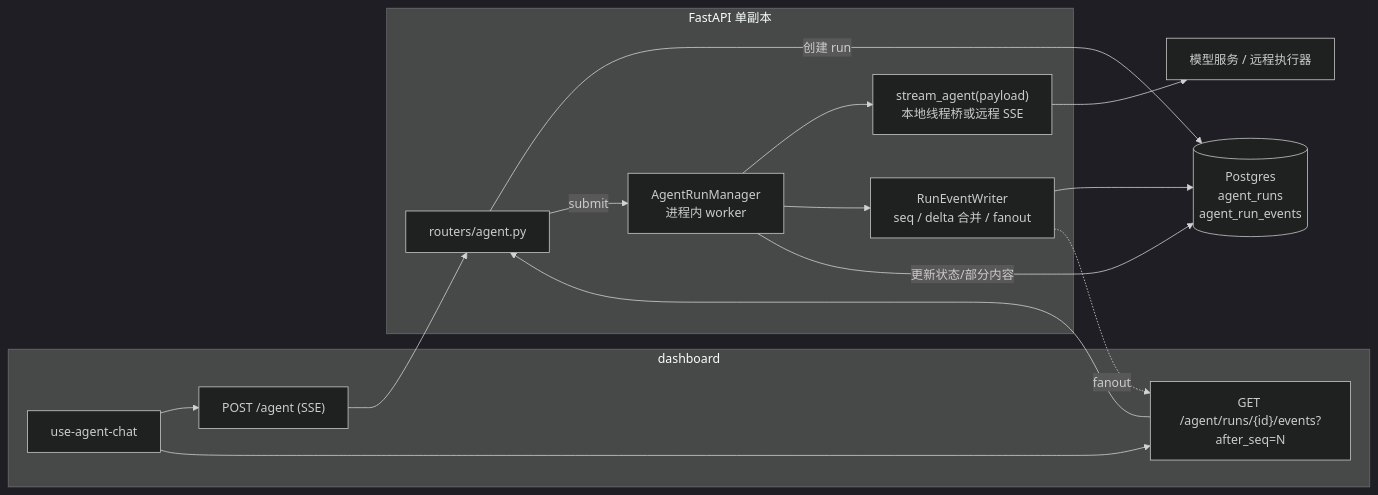
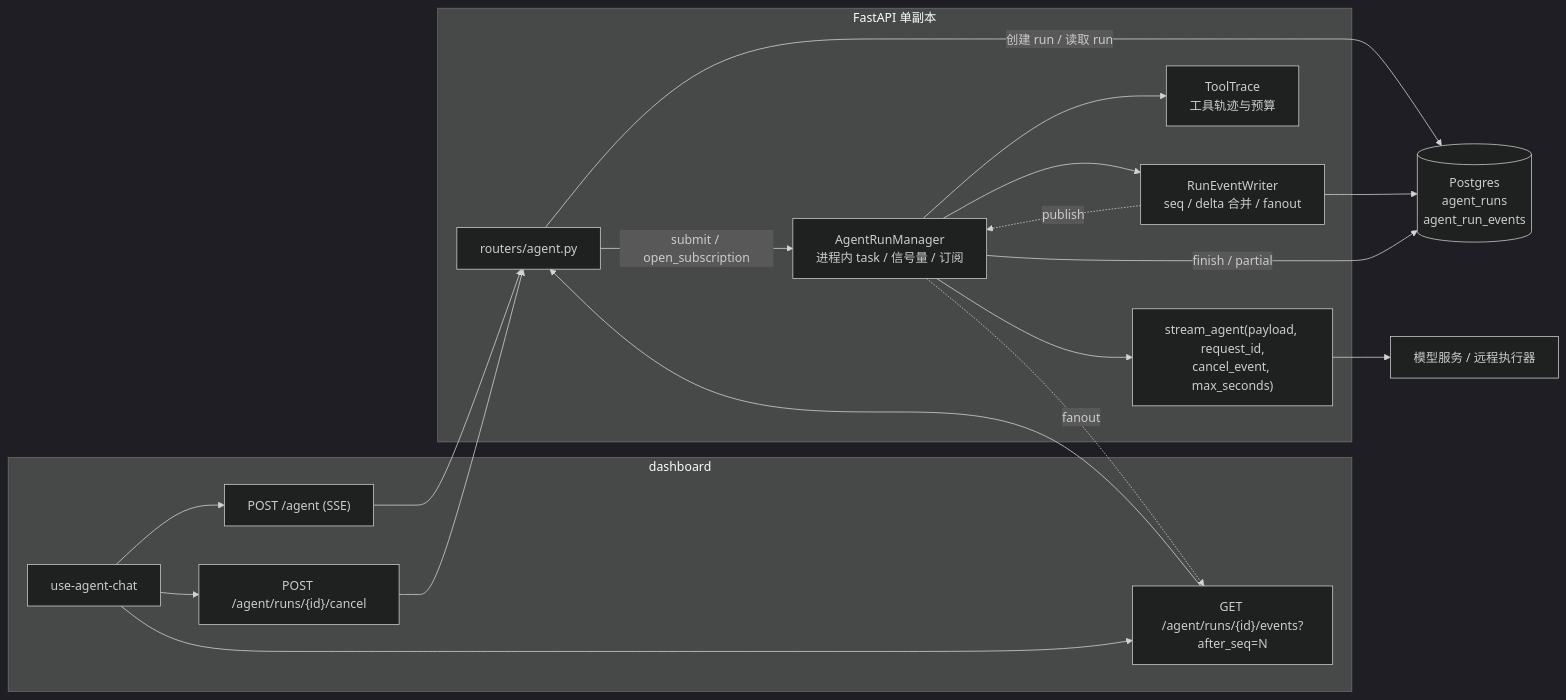
The diagram in docs/server/agent-execution-decoupling.md (Kaibome/BokaClaw), drawn with Mermaid (dark theme) before and after one commit. The commit also changed other lines of this file and 5 other files, not shown here.

````diff
--- a/docs/server/agent-execution-decoupling.md
+++ b/docs/server/agent-execution-decoupling.md
@@ -259,31 +398,37 @@
 ```mermaid
 flowchart LR
     subgraph Browser["dashboard"]
         UI["use-agent-chat"]
         POST["POST /agent (SSE)"]
         SUB["GET /agent/runs/{id}/events?after_seq=N"]
+        CANCEL["POST /agent/runs/{id}/cancel"]
     end
 
     subgraph Server["FastAPI 单副本"]
         API["routers/agent.py"]
-        MGR["AgentRunManager<br/>进程内 worker"]
+        MGR["AgentRunManager<br/>进程内 task / 信号量 / 订阅"]
         WRITER["RunEventWriter<br/>seq / delta 合并 / fanout"]
-        EXEC["stream_agent(payload)<br/>本地线程桥或远程 SSE"]
+        TRACE["ToolTrace<br/>工具轨迹与预算"]
+        EXEC["stream_agent(payload, request_id,<br/>cancel_event, max_seconds)"]
     end
 
     DB[("Postgres<br/>agent_runs<br/>agent_run_events")]
     MODEL["模型服务 / 远程执行器"]
 
     UI --> POST
     UI --> SUB
+    UI --> CANCEL
     POST --> API
     SUB --> API
-    API -->|创建 run| DB
-    API -->|submit| MGR
+    CANCEL --> API
+    API -->|创建 run / 读取 run| DB
+    API -->|submit / open_subscription| MGR
     MGR --> EXEC
     EXEC --> MODEL
+    MGR --> TRACE
     MGR --> WRITER
     WRITER --> DB
-    WRITER -.->|fanout| SUB
-    MGR -->|更新状态/部分内容| DB
+    WRITER -.->|publish| MGR
+    MGR -.->|fanout| SUB
+    MGR -->|finish / partial| DB
 ```
````
